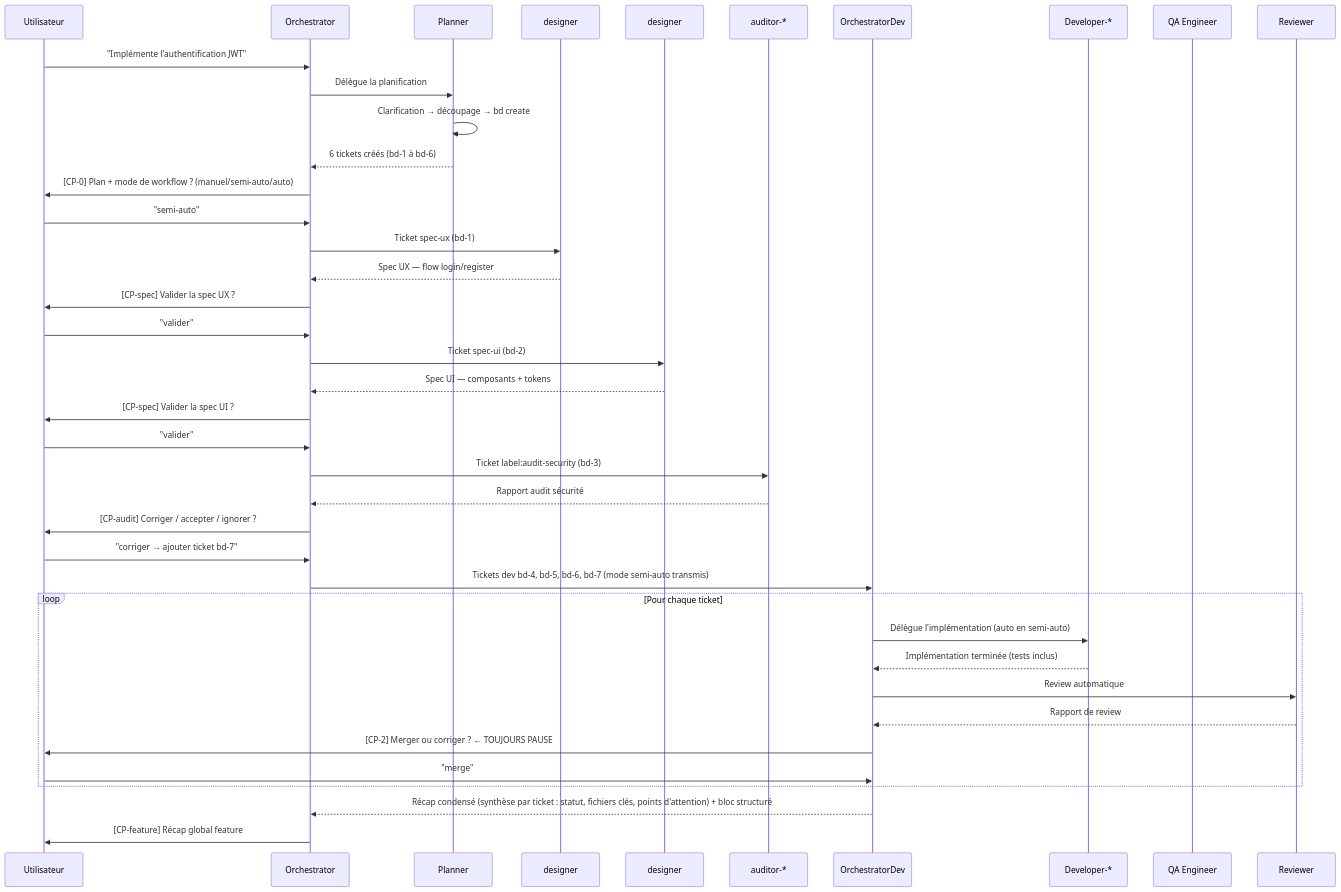
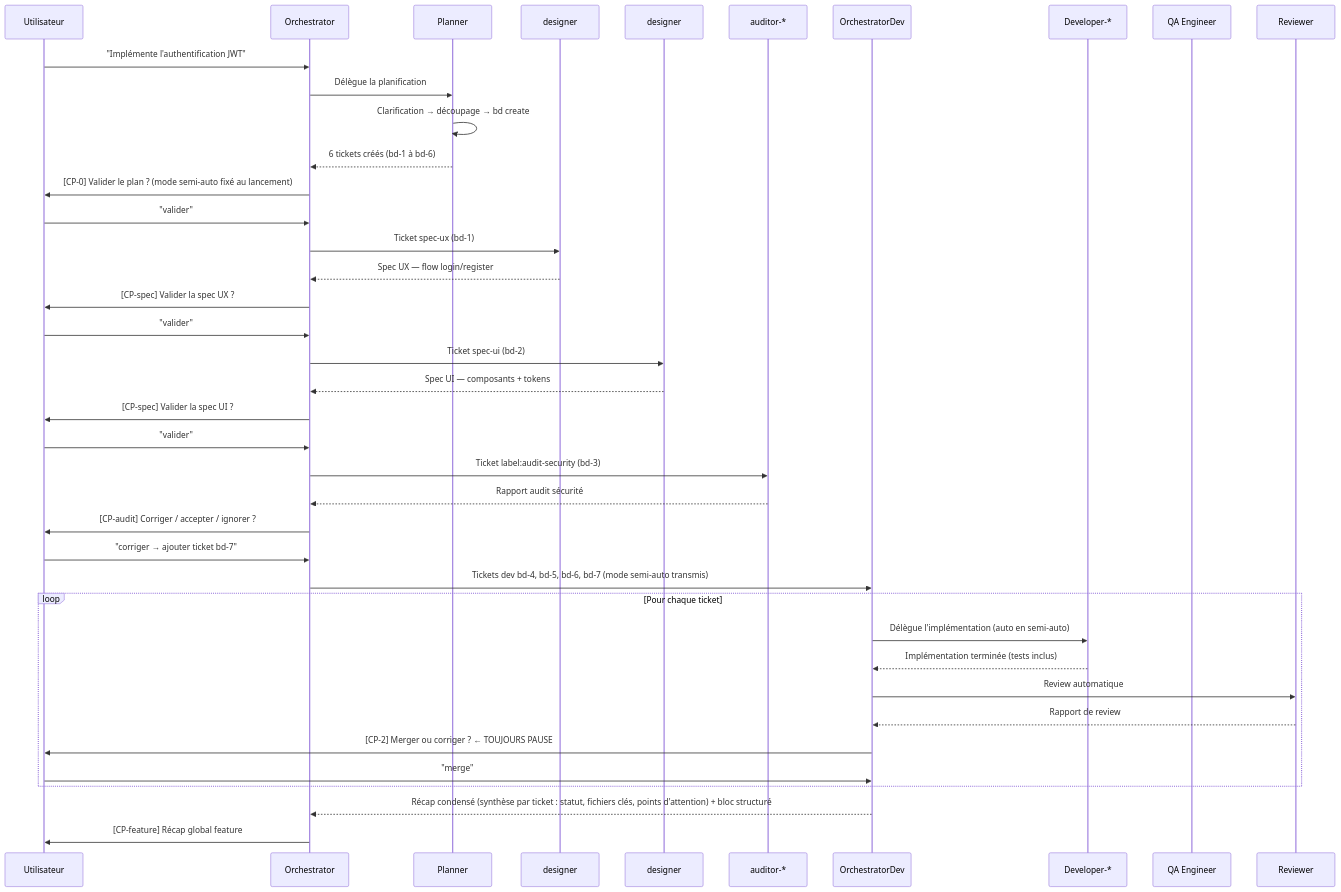
One commit to datichb/openhub changed the second of 7 diagrams in docs/guides/workflows.fr.md. Above: the diagram before and after it, drawn with Mermaid. The commit also changed other lines of this file and 59 other files, not shown here.

````diff
--- a/docs/guides/workflows.fr.md
+++ b/docs/guides/workflows.fr.md
@@ -146,48 +109,48 @@
 ```mermaid
 sequenceDiagram
     participant U as Utilisateur
     participant O as Orchestrator
     participant PL as Planner
     participant UX as designer
     participant UI as designer
     participant AU as auditor-*
     participant OD as OrchestratorDev
     participant DEV as Developer-*
     participant QA as QA Engineer
     participant R as Reviewer
 
     U->>O: "Implémente l'authentification JWT"
     O->>PL: Délègue la planification
     PL->>PL: Clarification → découpage → bd create
     PL-->>O: 6 tickets créés (bd-1 à bd-6)
-    O->>U: [CP-0] Plan + mode de workflow ? (manuel/semi-auto/auto)
-    U->>O: "semi-auto"
+    O->>U: [CP-0] Valider le plan ? (mode semi-auto fixé au lancement)
+    U->>O: "valider"
 
     O->>UX: Ticket spec-ux (bd-1)
     UX-->>O: Spec UX — flow login/register
     O->>U: [CP-spec] Valider la spec UX ?
     U->>O: "valider"
 
     O->>UI: Ticket spec-ui (bd-2)
     UI-->>O: Spec UI — composants + tokens
     O->>U: [CP-spec] Valider la spec UI ?
     U->>O: "valider"
 
     O->>AU: Ticket label:audit-security (bd-3)
     AU-->>O: Rapport audit sécurité
     O->>U: [CP-audit] Corriger / accepter / ignorer ?
     U->>O: "corriger → ajouter ticket bd-7"
 
     O->>OD: Tickets dev bd-4, bd-5, bd-6, bd-7 (mode semi-auto transmis)
     loop Pour chaque ticket
         OD->>DEV: Délègue l'implémentation (auto en semi-auto)
         DEV-->>OD: Implémentation terminée (tests inclus)
         OD->>R: Review automatique
         R-->>OD: Rapport de review
         OD->>U: [CP-2] Merger ou corriger ? ← TOUJOURS PAUSE
         U->>OD: "merge"
     end
     OD-->>O: Récap condensé (synthèse par ticket : statut, fichiers clés, points d'attention) + bloc structuré
 
     O->>U: [CP-feature] Récap global feature
 ```
````
